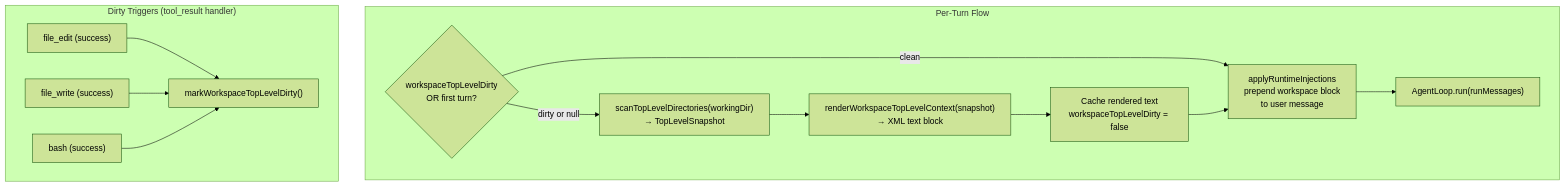
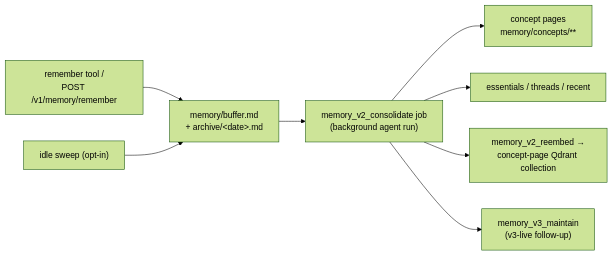
Before and after one commit to vellum-ai/vellum-assistant: the diagram in assistant/docs/architecture/memory.md, drawn with Mermaid (forest theme). The commit also changed other lines of this file and 109 other files, not shown here.

First line of the commit message:
Move the concept-page substrate from v2/ into v3/substrate/

````diff
--- a/assistant/docs/architecture/memory.md
+++ b/assistant/docs/architecture/memory.md
@@ -440,29 +39,10 @@
 ```mermaid
-graph TB
-    subgraph "Per-Turn Flow"
-        CHECK{"workspaceTopLevelDirty<br/>OR first turn?"}
-        SCAN["scanTopLevelDirectories(workingDir)<br/>→ TopLevelSnapshot"]
-        RENDER["renderWorkspaceTopLevelContext(snapshot)<br/>→ XML text block"]
-        CACHE["Cache rendered text<br/>workspaceTopLevelDirty = false"]
-        INJECT["applyRuntimeInjections<br/>prepend workspace block<br/>to user message"]
-        AGENT["AgentLoop.run(runMessages)"]
-    end
-
-    subgraph "Dirty Triggers (tool_result handler)"
-        FILE_EDIT["file_edit (success)"]
-        FILE_WRITE["file_write (success)"]
-        BASH["bash (success)"]
-        DIRTY["markWorkspaceTopLevelDirty()"]
-    end
-
-    CHECK -->|dirty or null| SCAN
-    CHECK -->|clean| INJECT
-    SCAN --> RENDER
-    RENDER --> CACHE
-    CACHE --> INJECT
-    INJECT --> AGENT
-
-    FILE_EDIT --> DIRTY
-    FILE_WRITE --> DIRTY
-    BASH --> DIRTY
+graph LR
+    REM["remember tool /<br/>POST /v1/memory/remember"] --> BUF["memory/buffer.md<br/>+ archive/&lt;date&gt;.md"]
+    SWEEP["idle sweep (opt-in)"] --> BUF
+    BUF --> CONS["memory_v2_consolidate job<br/>(background agent run)"]
+    CONS --> PAGES["concept pages<br/>memory/concepts/**"]
+    CONS --> VIEWS["essentials / threads / recent"]
+    CONS --> REEMBED["memory_v2_reembed →<br/>concept-page Qdrant collection"]
+    CONS --> MAINT["memory_v3_maintain<br/>(v3-live follow-up)"]
 ```
````
